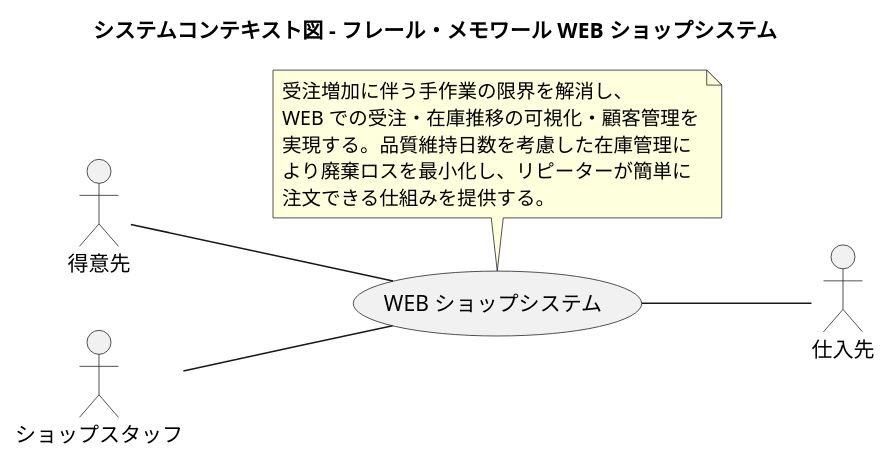
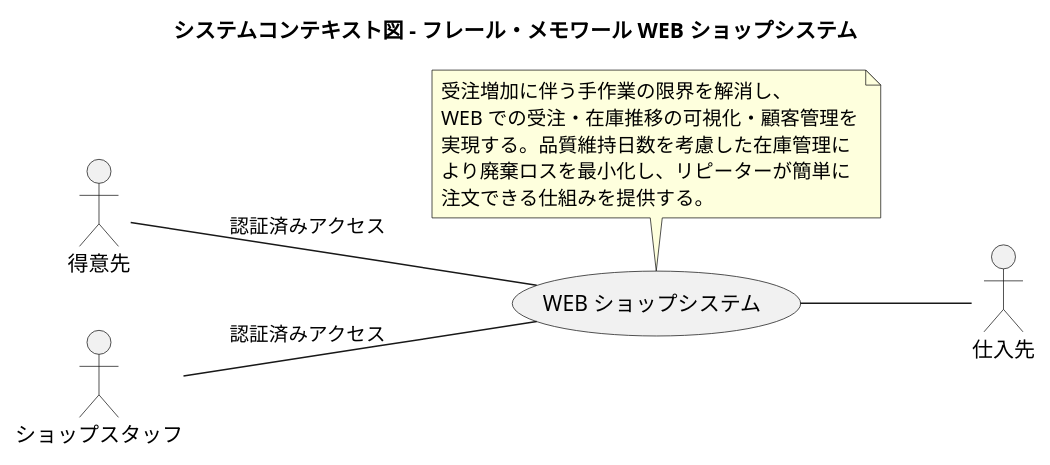
The first of 21 diagrams in docs/requirements/requirements_definition.md (k2works/case-study-sdd-development), drawn with PlantUML before and after one commit. The commit also changed other lines of this file and 3 other files, not shown here.

````diff
--- a/docs/requirements/requirements_definition.md
+++ b/docs/requirements/requirements_definition.md
@@ -7,26 +7,26 @@
 ```plantuml
 @startuml
 
 title システムコンテキスト図 - フレール・メモワール WEB ショップシステム
 
 left to right direction
 
 actor 得意先
 actor "ショップスタッフ" as staff
 actor 仕入先
 
 usecase "WEB ショップシステム" as system
 note top of system
   受注増加に伴う手作業の限界を解消し、
   WEB での受注・在庫推移の可視化・顧客管理を
   実現する。品質維持日数を考慮した在庫管理に
   より廃棄ロスを最小化し、リピーターが簡単に
   注文できる仕組みを提供する。
 end note
 
-:得意先: -- (system)
-:staff: -- (system)
+:得意先: -- (system) : 認証済みアクセス
+:staff: -- (system) : 認証済みアクセス
 (system) -- :仕入先:
 
 @enduml
 ```
````
